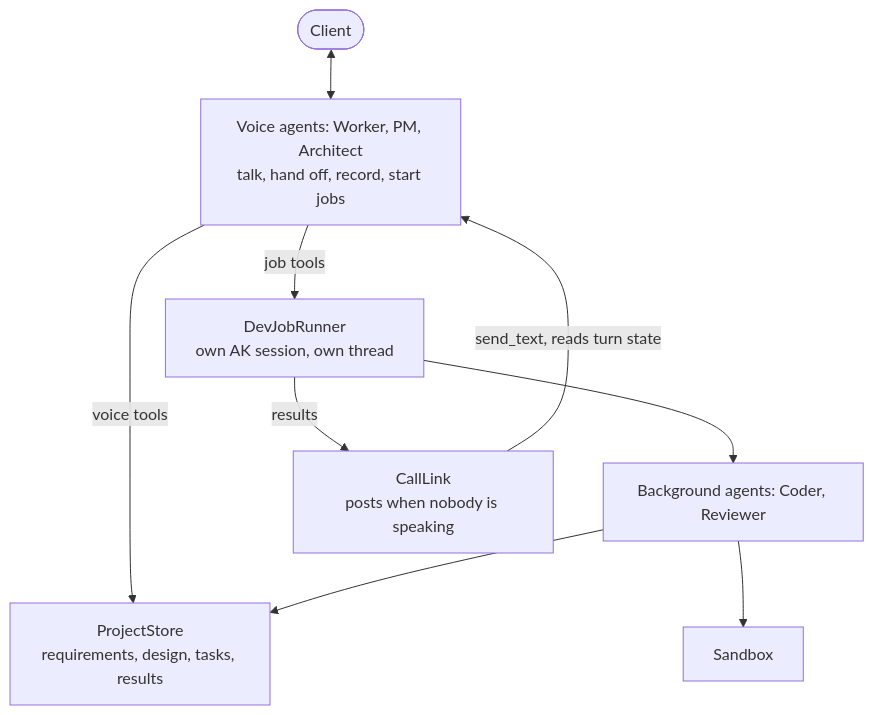
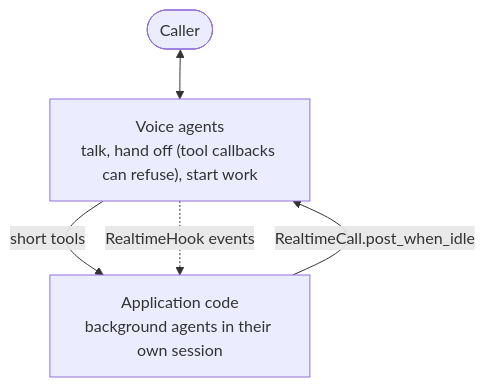
The diagram in docs/specs/810-realtime-multi-agent-collaboration/design.md (pulindu-yl/agent-kernel), drawn with Mermaid before and after one commit. The commit also changed other lines of this file and 1 other file, not shown here.

Commit message:
docs: update design spec core changes

````diff
--- a/docs/specs/810-realtime-multi-agent-collaboration/design.md
+++ b/docs/specs/810-realtime-multi-agent-collaboration/design.md
@@ -34,10 +32,7 @@
 ```mermaid
 flowchart TB
-    C(["Client"]) <--> V["Voice agents: Worker, PM, Architect<br/>talk, hand off, record, start jobs"]
-    V -- "voice tools" --> PS["ProjectStore<br/>requirements, design, tasks, results"]
-    V -- "job tools" --> JR["DevJobRunner<br/>own AK session, own thread"]
-    JR --> BG["Background agents: Coder, Reviewer"] --> SB["Sandbox"]
-    BG --> PS
-    JR -- "results" --> CL["CallLink<br/>posts when nobody is speaking"]
-    CL -- "send_text, reads turn state" --> V
+    C(["Caller"]) <--> V["Voice agents<br/>talk, hand off (tool callbacks can refuse), start work"]
+    V -- "short tools" --> APP["Application code<br/>background agents in their own session"]
+    APP -- "RealtimeCall.post_when_idle" --> V
+    V -. "RealtimeHook events" .-> APP
 ```
````
